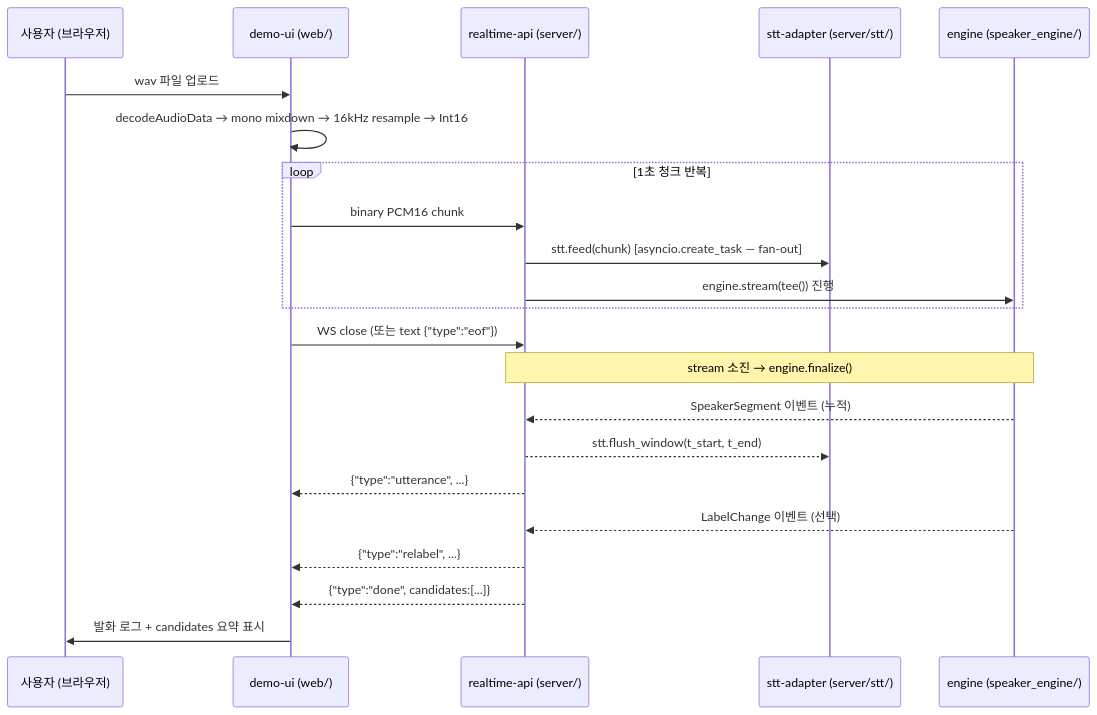
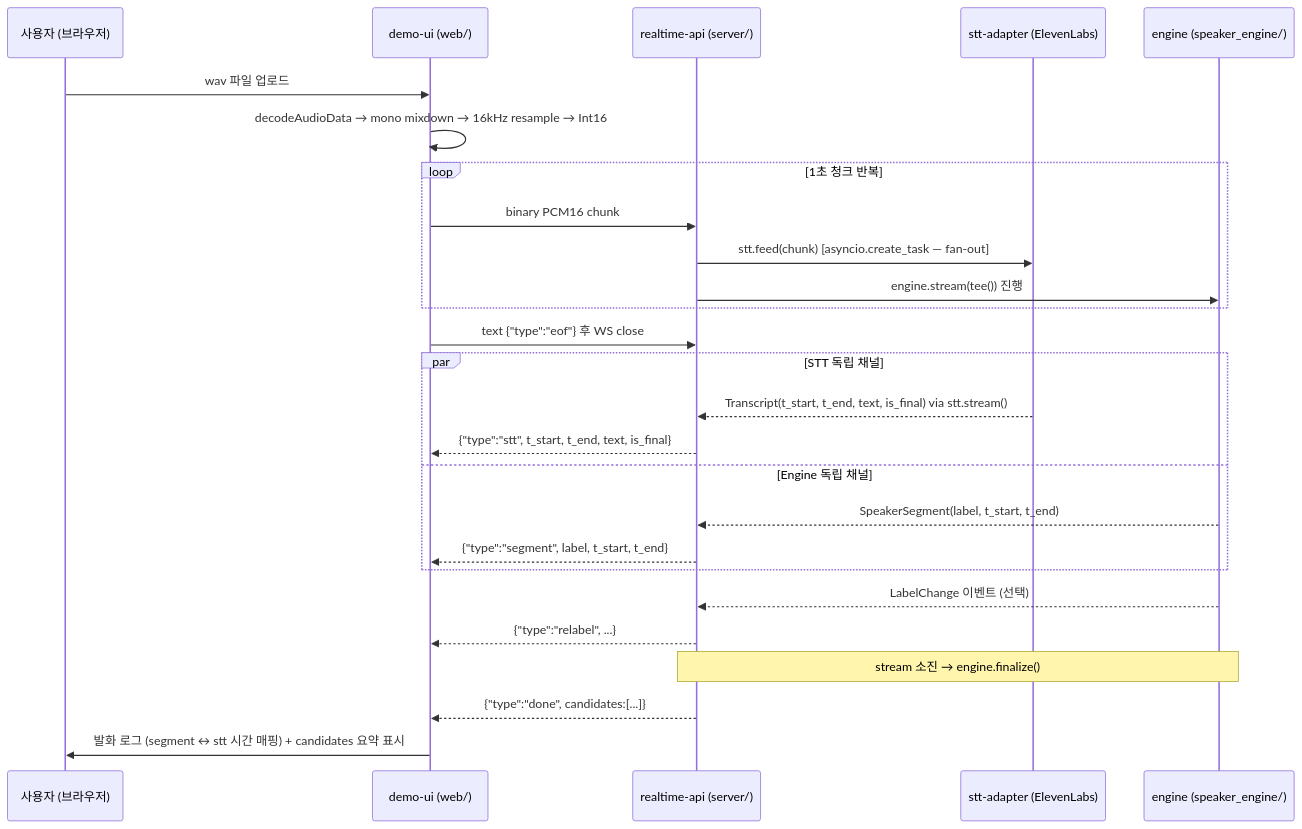
One commit to kknaks/seperate_void_streaming changed the diagram in medi_docs/current/planning/planning-03-demo-v04.md. Above: the diagram before and after it, drawn with Mermaid. The commit also changed other lines of this file and 3 other files, not shown here.

First line of the commit message:
docs(v04): STT streaming 재설계 — flush_window 폐기 + ElevenLabs (PLAN-004-T-007)

````diff
--- a/medi_docs/current/planning/planning-03-demo-v04.md
+++ b/medi_docs/current/planning/planning-03-demo-v04.md
@@ -47,25 +48,31 @@
 ```mermaid
 sequenceDiagram
     participant U as 사용자 (브라우저)
     participant UI as demo-ui (web/)
     participant WS as realtime-api (server/)
-    participant STT as stt-adapter (server/stt/)
+    participant STT as stt-adapter (ElevenLabs)
     participant Eng as engine (speaker_engine/)
 
     U->>UI: wav 파일 업로드
     UI->>UI: decodeAudioData → mono mixdown → 16kHz resample → Int16
     loop 1초 청크 반복
         UI->>WS: binary PCM16 chunk
         WS->>STT: stt.feed(chunk) [asyncio.create_task — fan-out]
         WS->>Eng: engine.stream(tee()) 진행
     end
-    UI->>WS: WS close (또는 text {"type":"eof"})
-    Note over WS,Eng: stream 소진 → engine.finalize()
-    Eng-->>WS: SpeakerSegment 이벤트 (누적)
-    WS-->>STT: stt.flush_window(t_start, t_end)
-    WS-->>UI: {"type":"utterance", ...}
+    UI->>WS: text {"type":"eof"} 후 WS close
+
+    par STT 독립 채널
+        STT-->>WS: Transcript(t_start, t_end, text, is_final) via stt.stream()
+        WS-->>UI: {"type":"stt", t_start, t_end, text, is_final}
+    and Engine 독립 채널
+        Eng-->>WS: SpeakerSegment(label, t_start, t_end)
+        WS-->>UI: {"type":"segment", label, t_start, t_end}
+    end
+
     Eng-->>WS: LabelChange 이벤트 (선택)
     WS-->>UI: {"type":"relabel", ...}
+    Note over WS,Eng: stream 소진 → engine.finalize()
     WS-->>UI: {"type":"done", candidates:[...]}
-    UI->>U: 발화 로그 + candidates 요약 표시
+    UI->>U: 발화 로그 (segment ↔ stt 시간 매핑) + candidates 요약 표시
 ```
````
